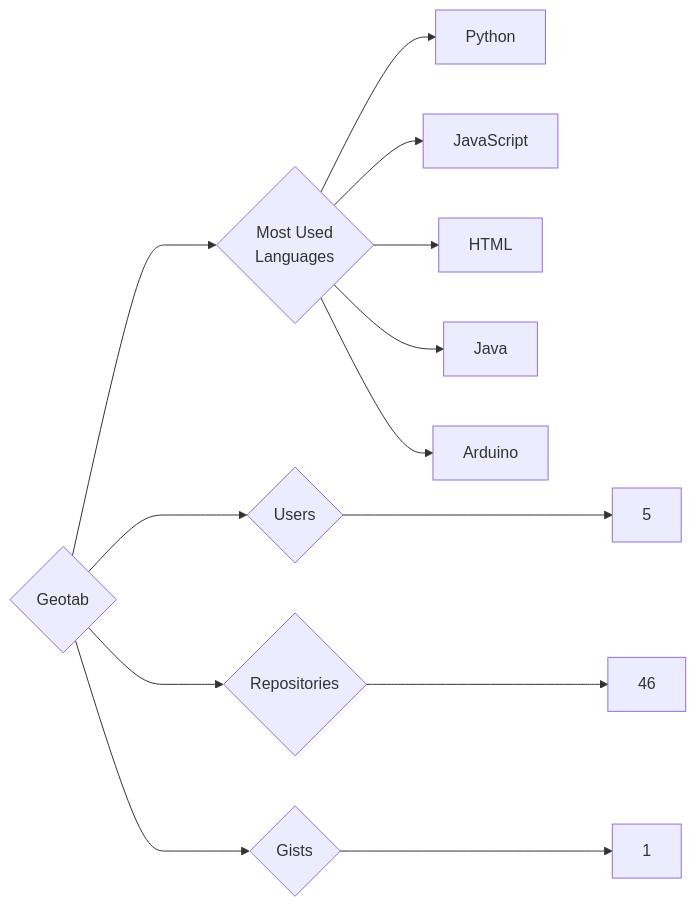
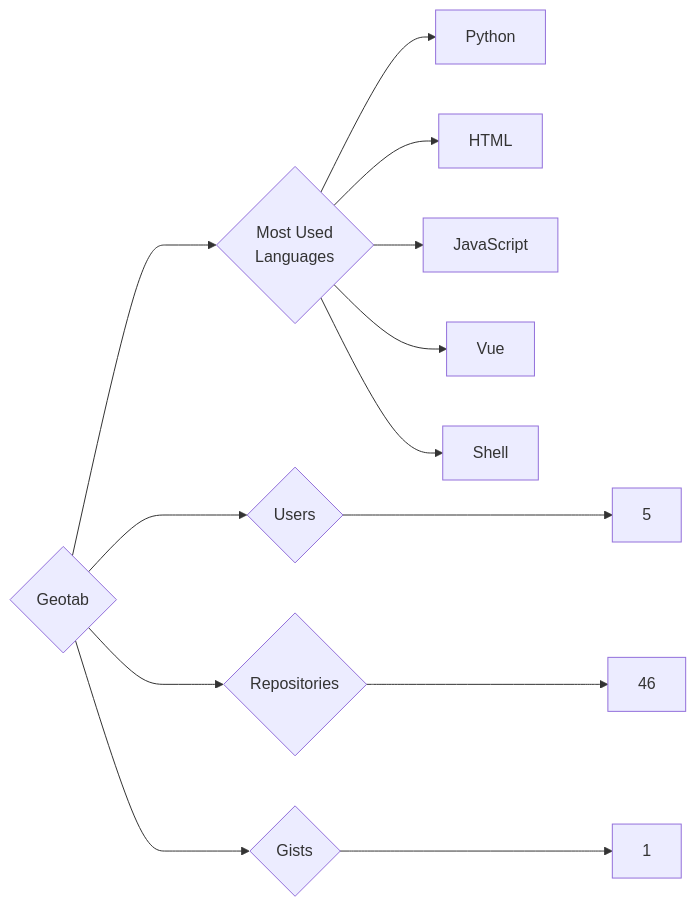
One commit to trickest/insiders changed the diagram in targets/Geotab/README.md. Above: the diagram before and after it, drawn with Mermaid. The commit also changed 880 other files, not shown here.

````diff
--- a/targets/Geotab/README.md
+++ b/targets/Geotab/README.md
@@ -3,13 +3,13 @@
 ```mermaid
 graph LR
 COMPANY_NAME{Geotab}
 COMPANY_NAME ---> U{Users} ---> UN[5]
 COMPANY_NAME ---> R{Repositories} ---> RN[46]
 COMPANY_NAME ---> G{Gists} ---> GN[1]
 COMPANY_NAME ---> ML{Most Used<br>Languages}
 ML --> Python[Python]
+ML --> HTML[HTML]
 ML --> JavaScript[JavaScript]
-ML --> HTML[HTML]
-ML --> Java[Java]
-ML --> Arduino[Arduino]
+ML --> Vue[Vue]
+ML --> Shell[Shell]
 ```
````
